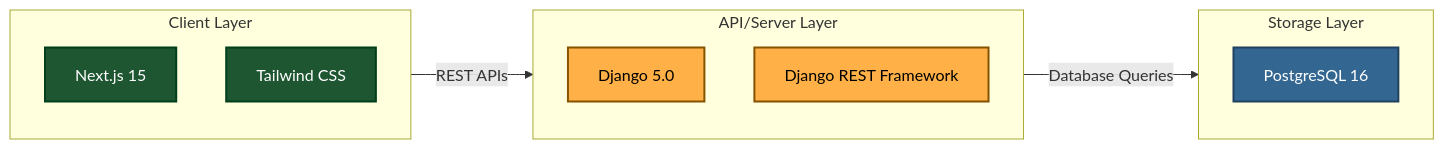
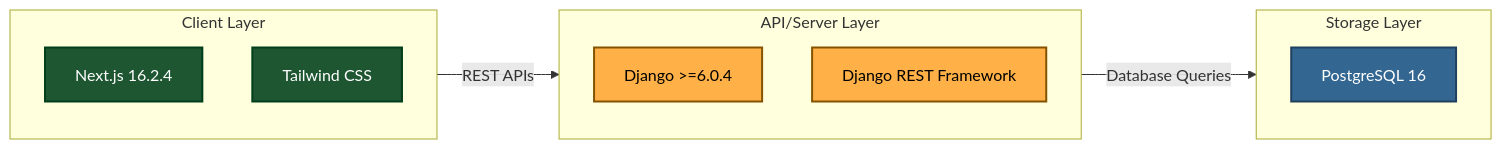
The first of 6 diagrams in README.md (KERALACODERSCAFE/Kerala-toddy-finder), drawn with Mermaid before and after one commit. The commit also changed other lines of this file, not shown here.

Commit message:
docs: update the README.md to reflect the current project configuration (next.js and django versions)

````diff
--- a/README.md
+++ b/README.md
@@ -38,23 +38,23 @@
 ```mermaid
 graph LR
     subgraph Frontend [Client Layer]
-        A[Next.js 15]
+        A[Next.js 16.2.4]
         B[Tailwind CSS]
     end
     subgraph Backend [API/Server Layer]
-        C[Django 5.0]
+        C["Django >=6.0.4"]
         D[Django REST Framework]
     end
     subgraph Database [Storage Layer]
         E[PostgreSQL 16]
     end
 
     Frontend -->|REST APIs| Backend
     Backend -->|Database Queries| Database
 
     style A fill:#1e5631,stroke:#003e1c,stroke-width:2px,color:#fff
     style B fill:#1e5631,stroke:#003e1c,stroke-width:2px,color:#fff
     style C fill:#ffb148,stroke:#855300,stroke-width:2px,color:#000
     style D fill:#ffb148,stroke:#855300,stroke-width:2px,color:#000
     style E fill:#336791,stroke:#204060,stroke-width:2px,color:#fff
 ```
````
